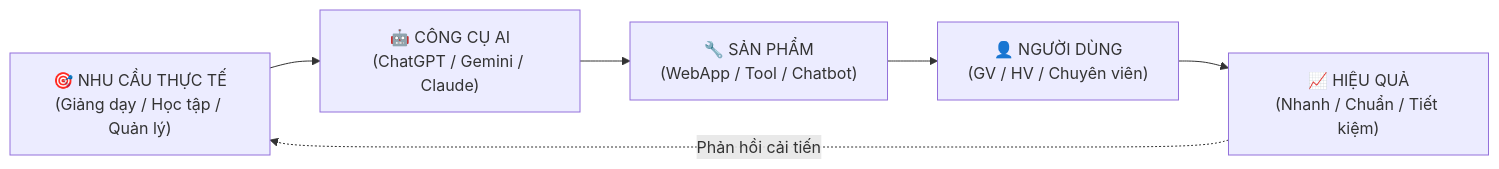
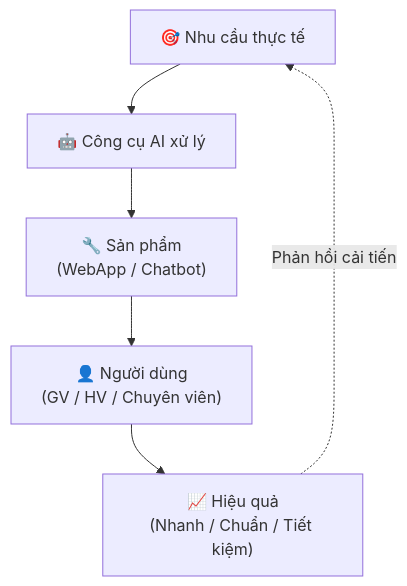
The first of 7 diagrams in src/content/raw_data.md (danghoangsqtt-sys/ai-maker-doc), drawn with Mermaid before and after one commit. The commit also changed 1 other file, not shown here.

Commit message:
fix: chuyen so do 1 Chuong I tu ngang (LR) sang doc (TD) de doc duoc tren mobile

````diff
--- a/src/content/raw_data.md
+++ b/src/content/raw_data.md
@@ -64,9 +64,8 @@
 ```mermaid
-flowchart LR
-    A["🎯 NHU CẦU THỰC TẾ\n(Giảng dạy / Học tập / Quản lý)"]
-    --> B["🤖 CÔNG CỤ AI\n(ChatGPT / Gemini / Claude)"]
-    B --> C["🔧 SẢN PHẨM\n(WebApp / Tool / Chatbot)"]
-    C --> D["👤 NGƯỜI DÙNG\n(GV / HV / Chuyên viên)"]
-    D --> E["📈 HIỆU QUẢ\n(Nhanh / Chuẩn / Tiết kiệm)"]
-    E -.->|Phản hồi cải tiến| A
+flowchart TD
+    A["🎯 Nhu cầu thực tế"] --> B["🤖 Công cụ AI xử lý"]
+    B --> C["🔧 Sản phẩm\n(WebApp / Chatbot)"]
+    C --> D["👤 Người dùng\n(GV / HV / Chuyên viên)"]
+    D --> E["📈 Hiệu quả\n(Nhanh / Chuẩn / Tiết kiệm)"]
+    E -.->|"Phản hồi cải tiến"| A
 ```
````
